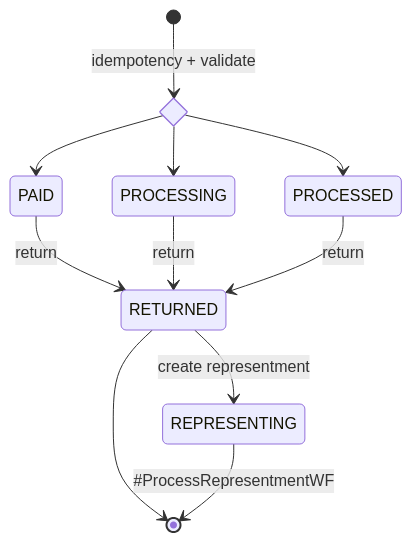
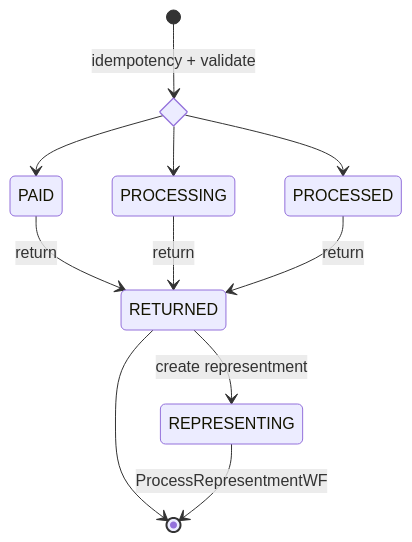
Before and after one commit to arunav-bhattacharya/billpay-book: the seventh of 12 diagrams in website/docs/design/diagrams/state-diagram.md, drawn with Mermaid. The commit also changed other lines of this file and 21 other files, not shown here.

````diff
--- a/website/docs/design/diagrams/state-diagram.md
+++ b/website/docs/design/diagrams/state-diagram.md
@@ -119,15 +119,15 @@
 ```mermaid
 stateDiagram-v2
   state Current <<choice>>
   state "PAID" as PaidSource
   [*] --> Current: idempotency + validate
   Current --> PaidSource
   Current --> PROCESSING
   Current --> PROCESSED
   PaidSource --> RETURNED: return
   PROCESSING --> RETURNED: return
   PROCESSED --> RETURNED: return
   RETURNED --> REPRESENTING: create representment
   RETURNED --> [*]
-  REPRESENTING --> [*]: #ProcessRepresentmentWF
+  REPRESENTING --> [*]: ProcessRepresentmentWF
 ```
````
